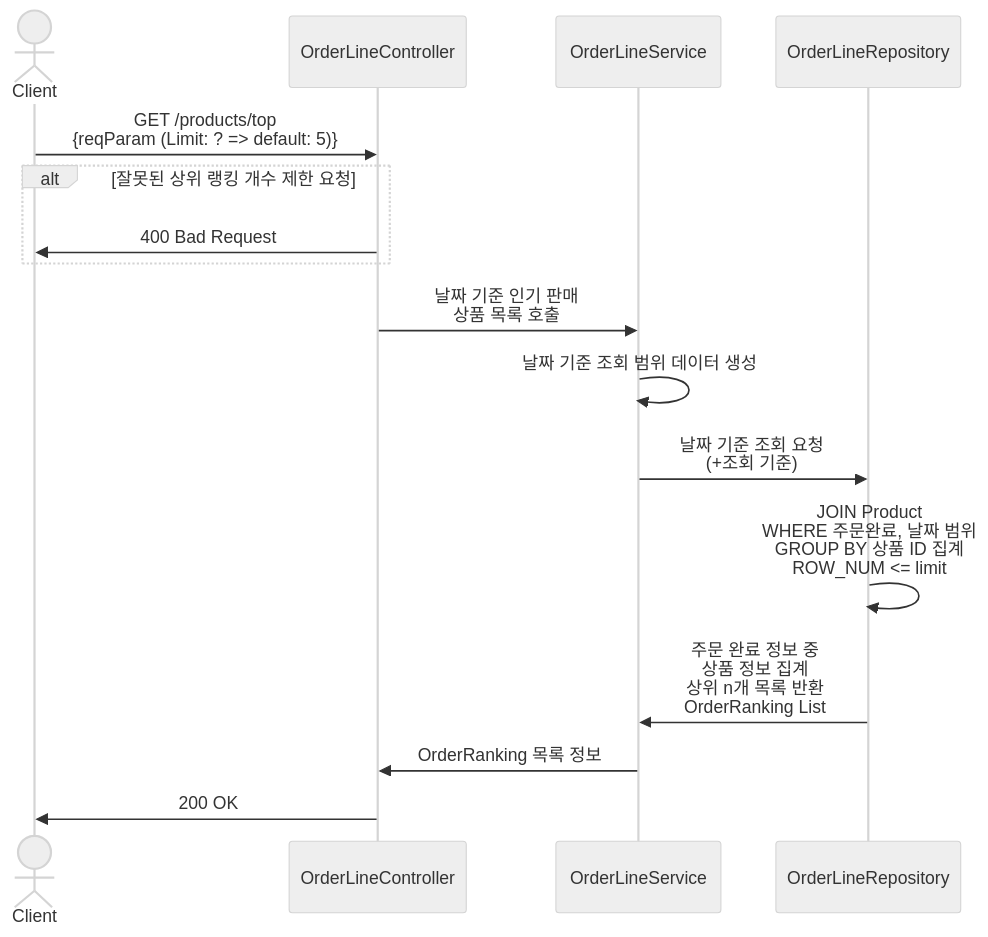
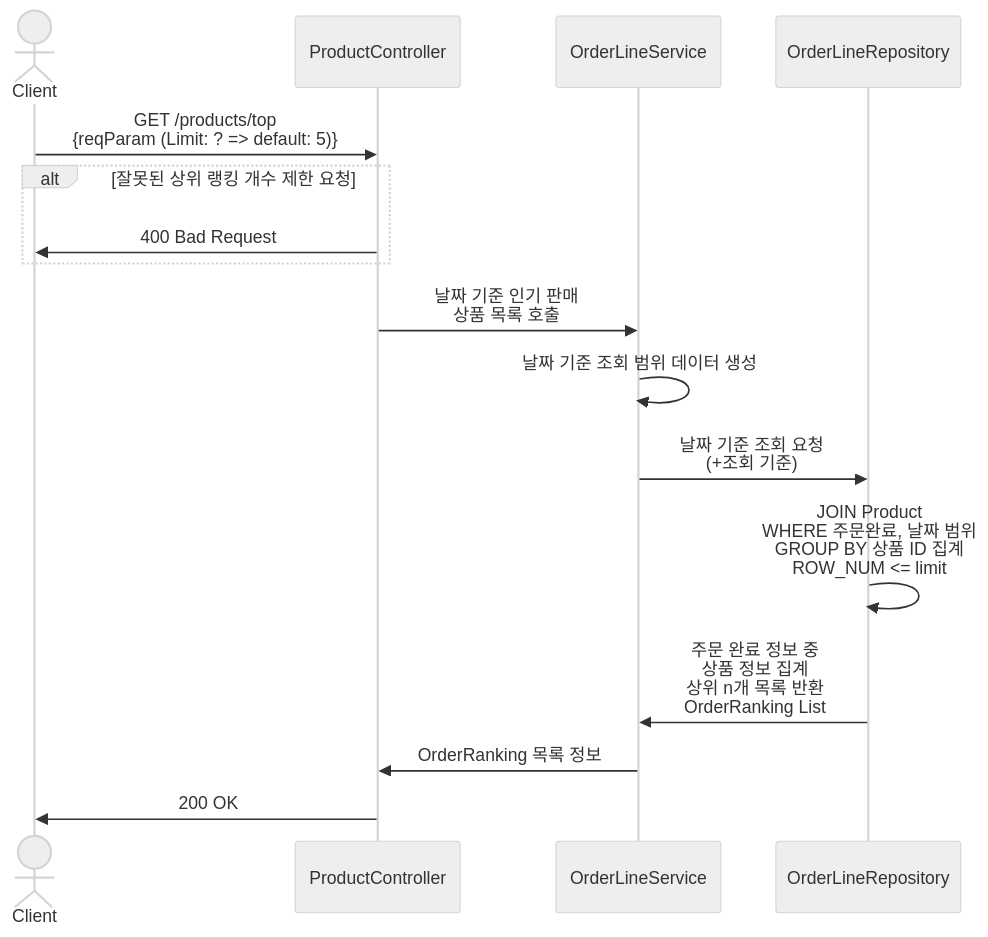
One commit to HangHae-Study/e-commerce- changed the eighth of 8 diagrams in docs/01_시퀀스_다이어그램_Back.md. Above: the diagram before and after it, drawn with Mermaid (neutral theme).

Commit message:
[DOCS] 오타수정

````diff
--- a/docs/01_시퀀스_다이어그램_Back.md
+++ b/docs/01_시퀀스_다이어그램_Back.md
@@ -228,20 +228,20 @@
 ```mermaid
 sequenceDiagram
     actor Client
-    participant OrderLineController
+    participant ProductController
     participant OrderLineService
     participant OrderLineRepository
     
-    Client->>OrderLineController: GET  /products/top<br/> {reqParam (Limit: ? => default: 5)}
+    Client->>ProductController: GET  /products/top<br/> {reqParam (Limit: ? => default: 5)}
     alt 잘못된 상위 랭킹 개수 제한 요청
-        OrderLineController->>Client: 400 Bad Request
+        ProductController->>Client: 400 Bad Request
         
     end
-    OrderLineController->>OrderLineService: 날짜 기준 인기 판매<br/> 상품 목록 호출
+    ProductController->>OrderLineService: 날짜 기준 인기 판매<br/> 상품 목록 호출
     OrderLineService->>OrderLineService: 날짜 기준 조회 범위 데이터 생성
     OrderLineService->>OrderLineRepository: 날짜 기준 조회 요청<br/>(+조회 기준)
     OrderLineRepository->>OrderLineRepository: JOIN Product<br/>WHERE 주문완료, 날짜 범위<br/>GROUP BY 상품 ID 집계<br/>ROW_NUM <= limit
     OrderLineRepository->>OrderLineService: 주문 완료 정보 중<br/>상품 정보 집계<br/>상위 n개 목록 반환<br/>OrderRanking List
-    OrderLineService->>OrderLineController: OrderRanking 목록 정보
-    OrderLineController->>Client: 200 OK
+    OrderLineService->>ProductController: OrderRanking 목록 정보
+    ProductController->>Client: 200 OK
 ```
````
